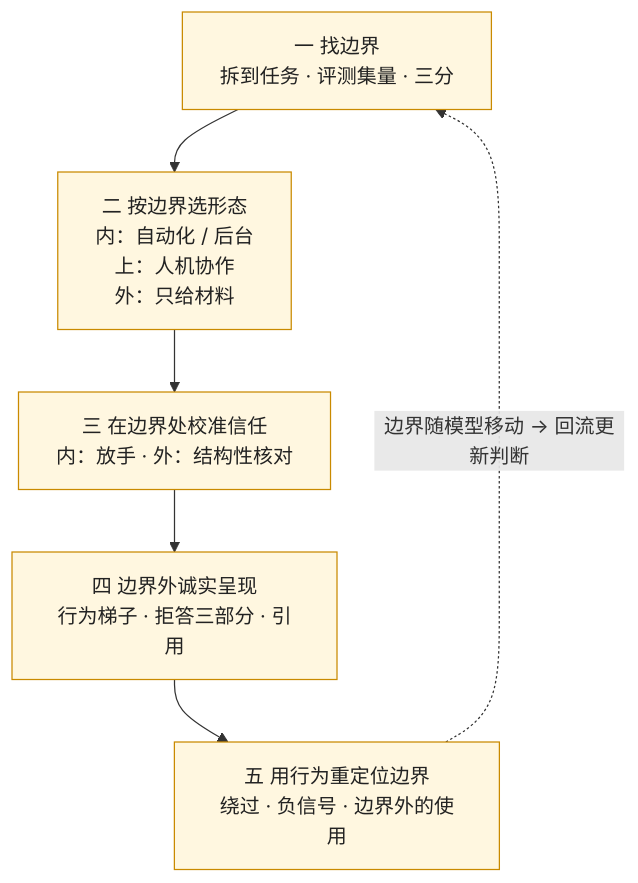
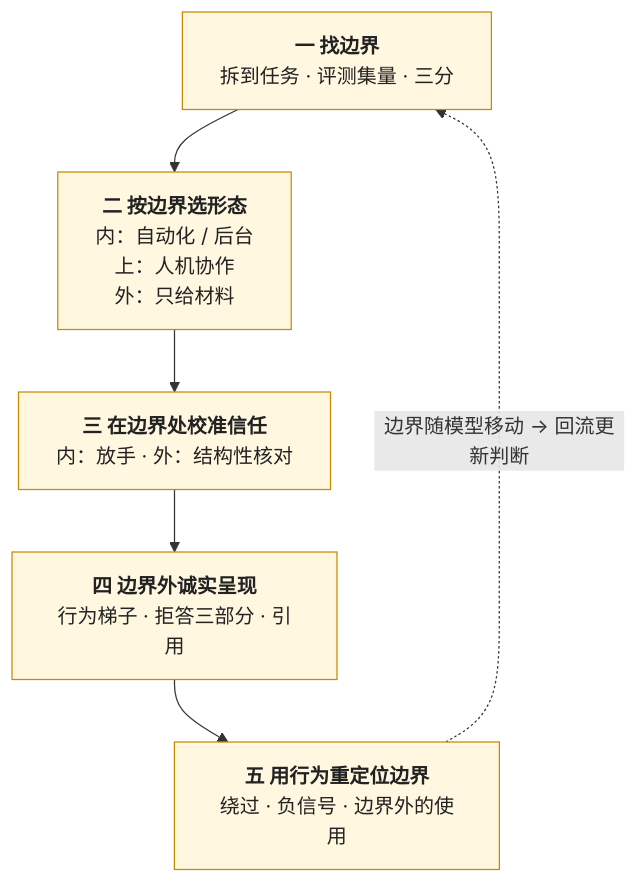
One commit to arganzheng/arganzheng.github.com changed the second of 4 diagrams in _posts/2026-11-20-product-and-experience-series-recap-and-self-test.md. Above: the diagram before and after it, drawn with Mermaid. The commit also changed other lines of this file and 5 other files, not shown here.

First line of the commit message:
产品与体验：把不确定的能力做成可信的产品：Mermaid 多行方框的首行标为标题（6 篇）

````diff
--- a/_posts/2026-11-20-product-and-experience-series-recap-and-self-test.md
+++ b/_posts/2026-11-20-product-and-experience-series-recap-and-self-test.md
@@ -94,11 +94,11 @@
 ```mermaid
 %% 图：边界这条线怎么穿过五篇——第一篇按任务粒度用评测集量出边界内 / 上 / 外；第二篇按边界选形态（内：可自动化；上：人机协作；外：只给材料）；第三篇在边界处校准信任（内放手、外核对）；第四篇在边界外诚实呈现不确定与拒答；第五篇用绕过行为与负信号重新定位边界；边界随模型移动，回流让判断可更新
 flowchart TB
-    P1["一 找边界<br/>拆到任务 · 评测集量 · 三分"] --> P2["二 按边界选形态<br/>内：自动化 / 后台<br/>上：人机协作<br/>外：只给材料"]
-    P2 --> P3["三 在边界处校准信任<br/>内：放手 · 外：结构性核对"]
-    P3 --> P4["四 边界外诚实呈现<br/>行为梯子 · 拒答三部分 · 引用"]
-    P4 --> P5["五 用行为重定位边界<br/>绕过 · 负信号 · 边界外的使用"]
+    P1["<b>一 找边界</b><br/>拆到任务 · 评测集量 · 三分"] --> P2["<b>二 按边界选形态</b><br/>内：自动化 / 后台<br/>上：人机协作<br/>外：只给材料"]
+    P2 --> P3["<b>三 在边界处校准信任</b><br/>内：放手 · 外：结构性核对"]
+    P3 --> P4["<b>四 边界外诚实呈现</b><br/>行为梯子 · 拒答三部分 · 引用"]
+    P4 --> P5["<b>五 用行为重定位边界</b><br/>绕过 · 负信号 · 边界外的使用"]
     P5 -.->|"边界随模型移动 → 回流更新判断"| P1
     classDef p fill:#fff7e0,stroke:#c98a00,color:#222
     class P1,P2,P3,P4,P5 p
 ```
````
